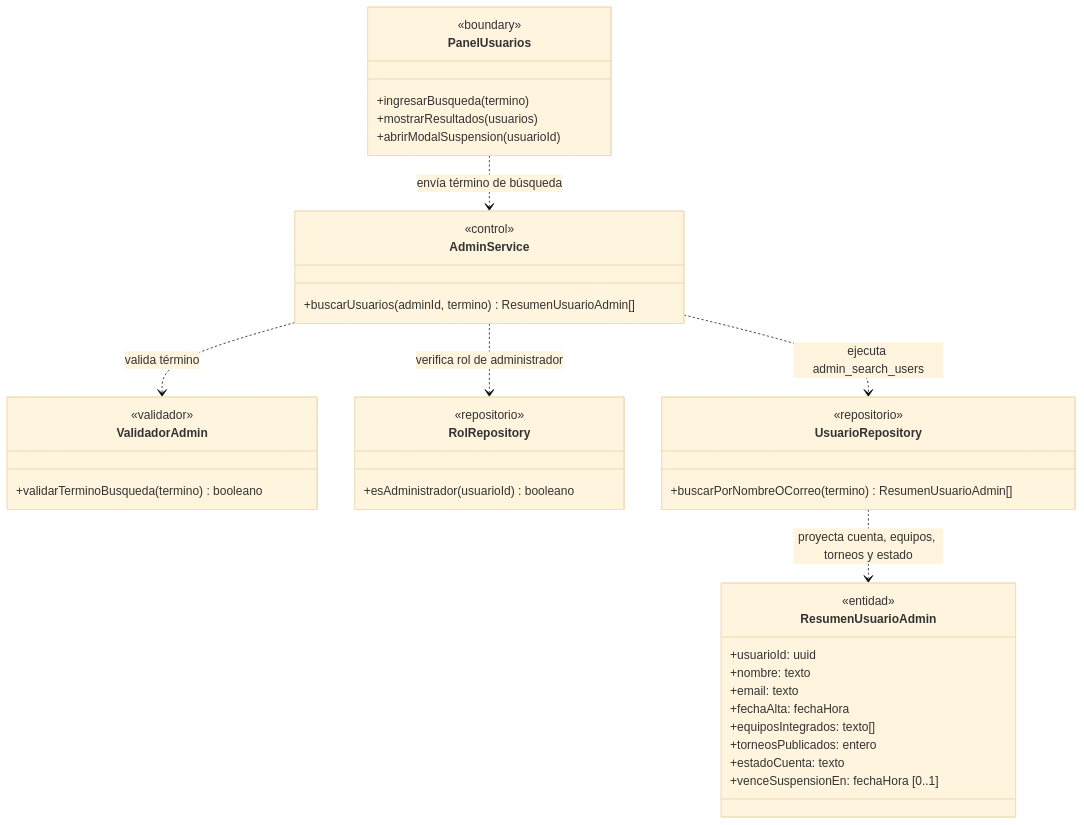
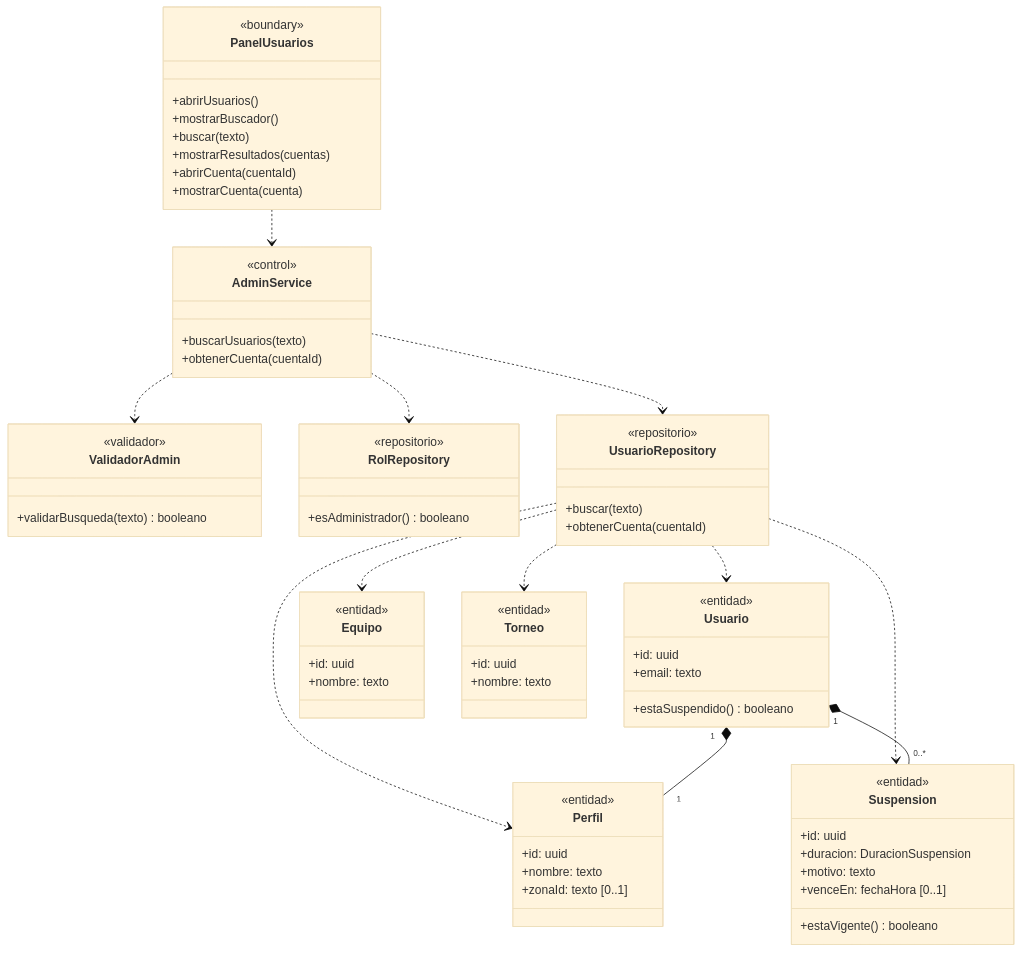
One commit to nicqletal/torneos-scraper changed the seventh of 7 diagrams in docs/diagramas-de-clase/administracion.md. Above: the diagram before and after it, drawn with Mermaid (base theme). The commit also changed other lines of this file and 13 other files, not shown here.

````diff
--- a/docs/diagramas-de-clase/administracion.md
+++ b/docs/diagramas-de-clase/administracion.md
@@ -493,42 +585,71 @@
 ```mermaid
 classDiagram
-direction TB
 class PanelUsuarios {
   <<boundary>>
-  +ingresarBusqueda(termino)
-  +mostrarResultados(usuarios)
-  +abrirModalSuspension(usuarioId)
+  +abrirUsuarios()
+  +mostrarBuscador()
+  +buscar(texto)
+  +mostrarResultados(cuentas)
+  +abrirCuenta(cuentaId)
+  +mostrarCuenta(cuenta)
 }
 class AdminService {
   <<control>>
-  +buscarUsuarios(adminId, termino) ResumenUsuarioAdmin[]
+  +buscarUsuarios(texto)
+  +obtenerCuenta(cuentaId)
 }
 class ValidadorAdmin {
   <<validador>>
-  +validarTerminoBusqueda(termino) booleano
+  +validarBusqueda(texto) booleano
 }
 class RolRepository {
   <<repositorio>>
-  +esAdministrador(usuarioId) booleano
+  +esAdministrador() booleano
 }
 class UsuarioRepository {
   <<repositorio>>
-  +buscarPorNombreOCorreo(termino) ResumenUsuarioAdmin[]
+  +buscar(texto)
+  +obtenerCuenta(cuentaId)
 }
-class ResumenUsuarioAdmin {
+class Usuario {
   <<entidad>>
-  +usuarioId: uuid
+  +id: uuid
+  +email: texto
+  +estaSuspendido() booleano
+}
+class Perfil {
+  <<entidad>>
+  +id: uuid
   +nombre: texto
-  +email: texto
-  +fechaAlta: fechaHora
-  +equiposIntegrados: texto[]
-  +torneosPublicados: entero
-  +estadoCuenta: texto
-  +venceSuspensionEn: fechaHora [0..1]
+  +zonaId: texto [0..1]
 }
-PanelUsuarios ..> AdminService : envía término de búsqueda
-AdminService ..> ValidadorAdmin : valida término
-AdminService ..> RolRepository : verifica rol de administrador
-AdminService ..> UsuarioRepository : ejecuta admin_search_users
-UsuarioRepository ..> ResumenUsuarioAdmin : proyecta cuenta, equipos, torneos y estado
+class Equipo {
+  <<entidad>>
+  +id: uuid
+  +nombre: texto
+}
+class Torneo {
+  <<entidad>>
+  +id: uuid
+  +nombre: texto
+}
+class Suspension {
+  <<entidad>>
+  +id: uuid
+  +duracion: DuracionSuspension
+  +motivo: texto
+  +venceEn: fechaHora [0..1]
+  +estaVigente() booleano
+}
+PanelUsuarios ..> AdminService
+AdminService ..> ValidadorAdmin
+AdminService ..> RolRepository
+AdminService ..> UsuarioRepository
+UsuarioRepository ..> Usuario
+UsuarioRepository ..> Perfil
+UsuarioRepository ..> Equipo
+UsuarioRepository ..> Torneo
+UsuarioRepository ..> Suspension
+Usuario "1" *-- "1" Perfil
+Usuario "1" *-- "0..*" Suspension
 ```
````
